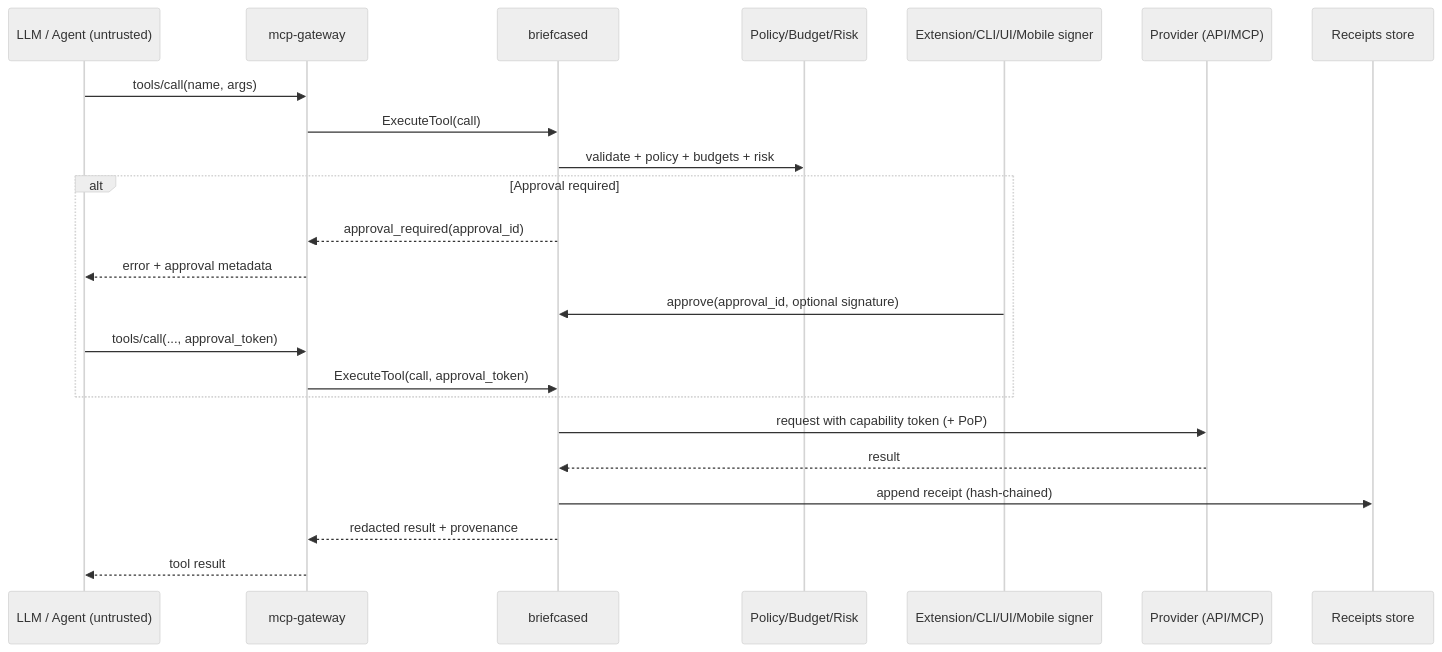
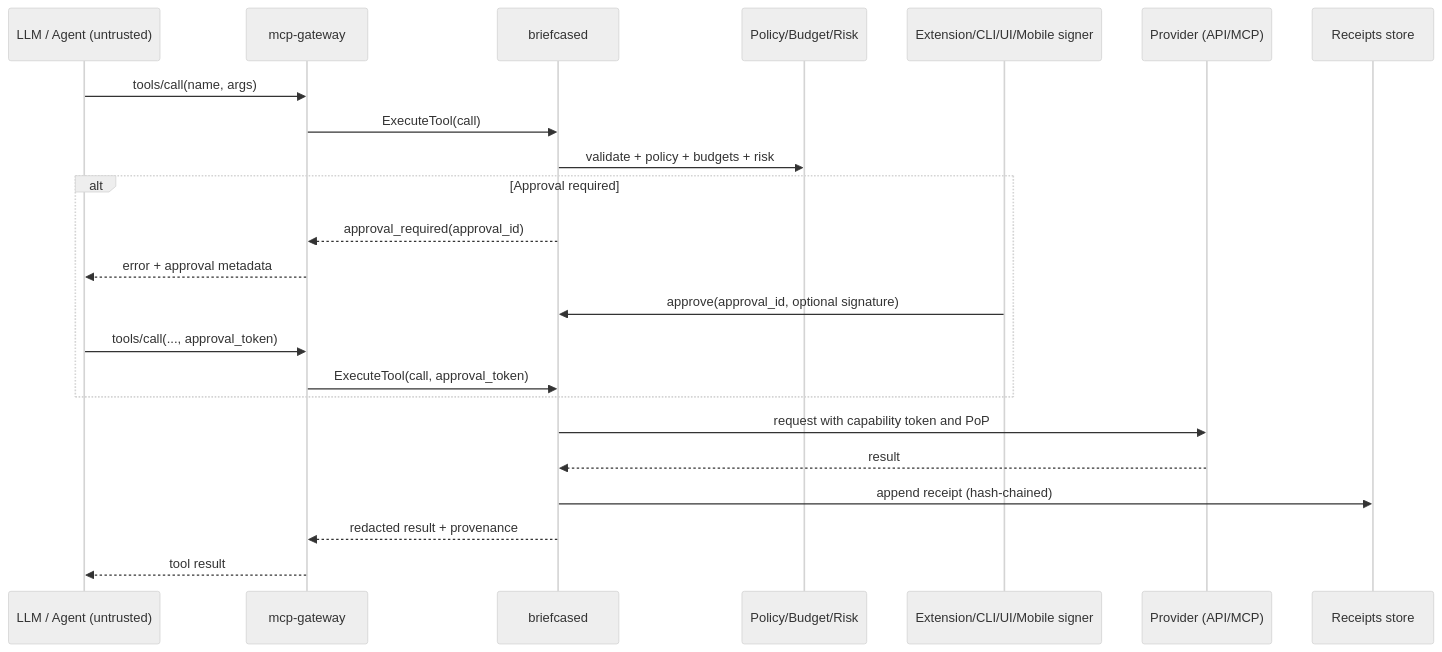
One commit to gary322/credential-briefcase changed the second of 3 diagrams in README.md. Above: the diagram before and after it, drawn with Mermaid (neutral theme). The commit also changed other lines of this file, not shown here.

Commit message:
docs: fix README mermaid diagrams

````diff
--- a/README.md
+++ b/README.md
@@ -70,28 +71,28 @@
 ```mermaid
 sequenceDiagram
   participant Agent as LLM / Agent (untrusted)
   participant Gateway as mcp-gateway
   participant Daemon as briefcased
   participant Policy as Policy/Budget/Risk
   participant UI as Extension/CLI/UI/Mobile signer
   participant Provider as Provider (API/MCP)
   participant Receipts as Receipts store
 
   Agent->>Gateway: tools/call(name, args)
   Gateway->>Daemon: ExecuteTool(call)
   Daemon->>Policy: validate + policy + budgets + risk
 
   alt Approval required
     Daemon-->>Gateway: approval_required(approval_id)
     Gateway-->>Agent: error + approval metadata
     UI->>Daemon: approve(approval_id, optional signature)
     Agent->>Gateway: tools/call(..., approval_token)
     Gateway->>Daemon: ExecuteTool(call, approval_token)
   end
 
-  Daemon->>Provider: request with capability token (+ PoP)
+  Daemon->>Provider: request with capability token and PoP
   Provider-->>Daemon: result
   Daemon->>Receipts: append receipt (hash-chained)
   Daemon-->>Gateway: redacted result + provenance
   Gateway-->>Agent: tool result
 ```
````
